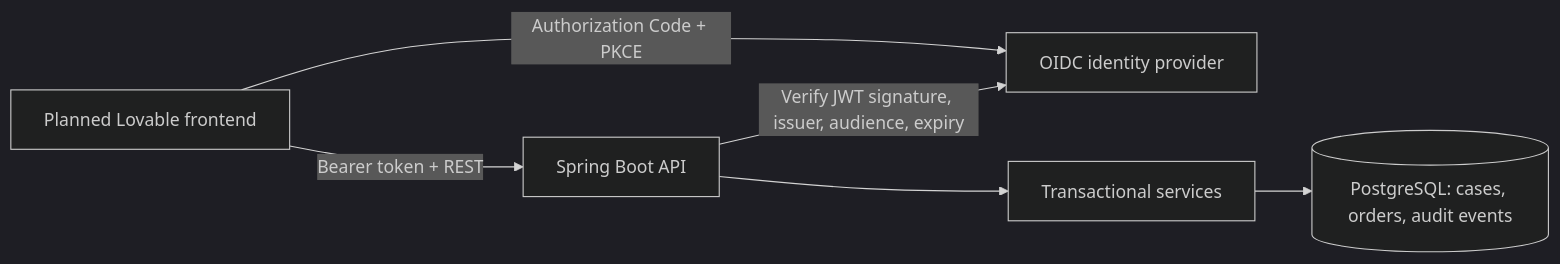
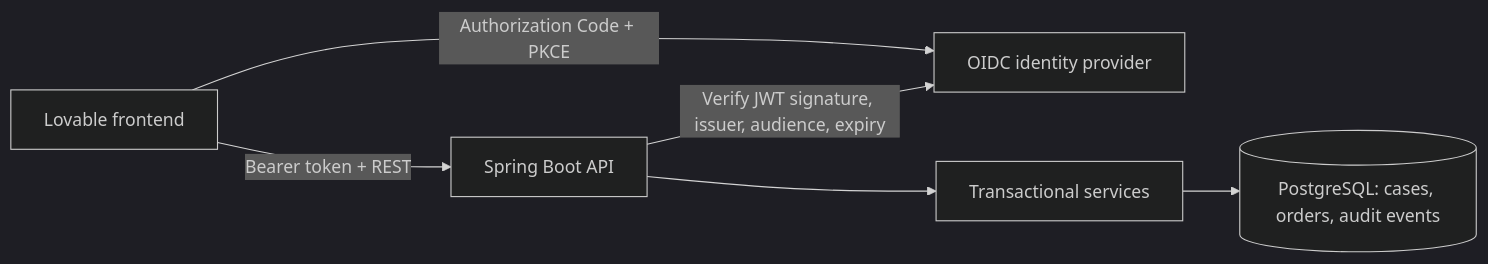
The diagram in README.md (haochen8/order-case-platform), drawn with Mermaid (dark theme) before and after one commit. The commit also changed other lines of this file and 7 other files, not shown here.

````diff
--- a/README.md
+++ b/README.md
@@ -66,8 +68,8 @@
 ```mermaid
 flowchart LR
-    UI[Planned Lovable frontend] -->|Bearer token + REST| API[Spring Boot API]
+    UI[Lovable frontend] -->|Bearer token + REST| API[Spring Boot API]
     UI -->|Authorization Code + PKCE| ID[OIDC identity provider]
     API -->|Verify JWT signature, issuer, audience, expiry| ID
     API --> S[Transactional services]
     S --> DB[(PostgreSQL: cases, orders, audit events)]
 ```
````
